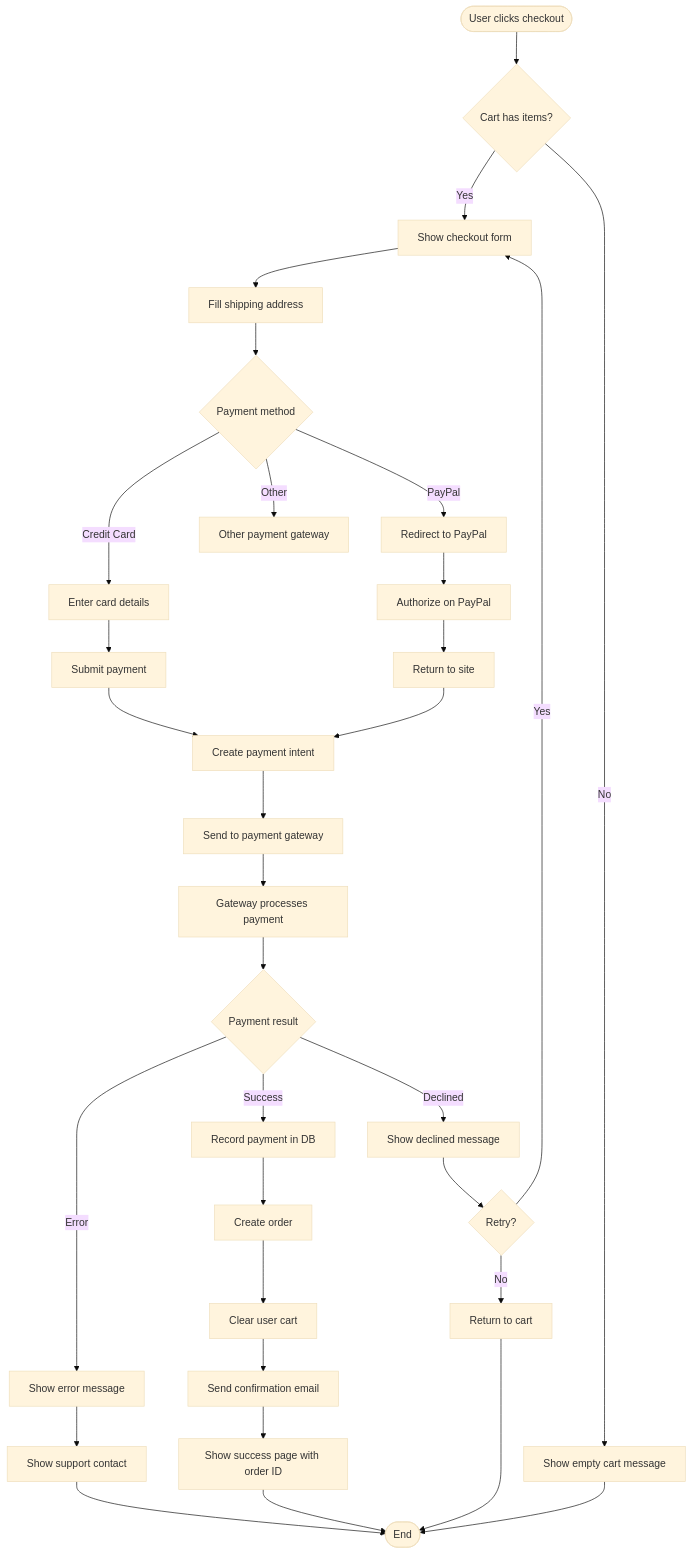
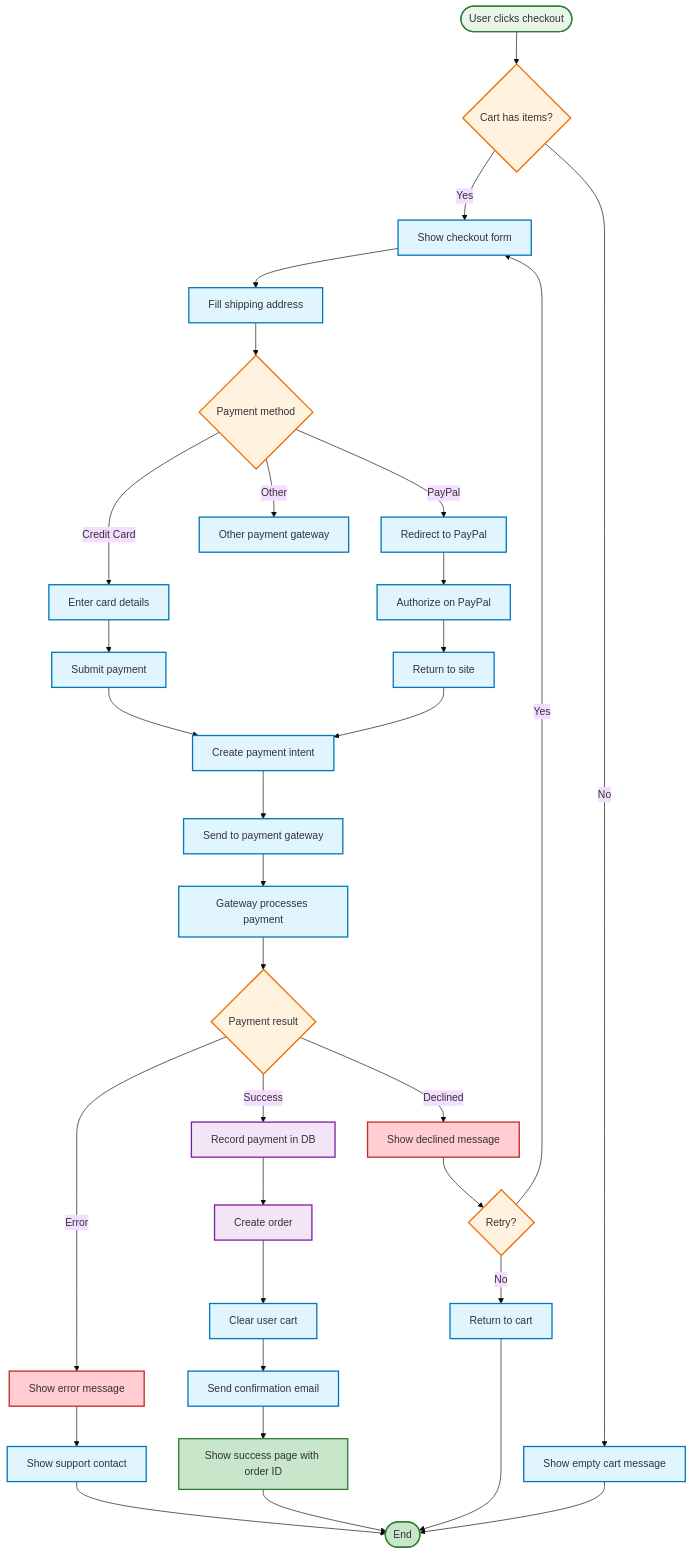
Before and after one commit to shmuelkapiloff/simple-: diagram 15 of 16 in docs/SYSTEM_MAP.md, drawn with Mermaid (base theme). The commit also changed other lines of this file, not shown here.

Commit message:
style: Add comprehensive styling and colors to all flowcharts - Security, Search, Email, Admin, Payment, and Token Refresh flows

````diff
--- a/docs/SYSTEM_MAP.md
+++ b/docs/SYSTEM_MAP.md
@@ -1189,45 +1282,60 @@
 ```mermaid
 flowchart TD
     Checkout([User clicks checkout]) --> ValidateCart{Cart has items?}
     ValidateCart -->|No| ShowEmptyCart[Show empty cart message]
     ValidateCart -->|Yes| ShowCheckoutForm[Show checkout form]
     
     ShowCheckoutForm --> FillShipping[Fill shipping address]
     FillShipping --> SelectPayment{Payment method}
     
     SelectPayment -->|Credit Card| CardForm[Enter card details]
     SelectPayment -->|PayPal| PayPalRedirect[Redirect to PayPal]
     SelectPayment -->|Other| OtherGateway[Other payment gateway]
     
     CardForm --> SubmitPayment[Submit payment]
     PayPalRedirect --> PayPalAuth[Authorize on PayPal]
     PayPalAuth --> PayPalReturn[Return to site]
     
     SubmitPayment --> CreateIntent[Create payment intent]
     PayPalReturn --> CreateIntent
     
     CreateIntent --> SendToGateway[Send to payment gateway]
     SendToGateway --> GatewayProcess[Gateway processes payment]
     
     GatewayProcess --> PaymentResult{Payment result}
     
     PaymentResult -->|Success| RecordPayment[Record payment in DB]
     PaymentResult -->|Declined| ShowDeclined[Show declined message]
     PaymentResult -->|Error| ShowPaymentError[Show error message]
     
     RecordPayment --> CreateOrder[Create order]
     CreateOrder --> ClearCart[Clear user cart]
     ClearCart --> SendConfirmation[Send confirmation email]
     SendConfirmation --> ShowSuccess[Show success page with order ID]
     
     ShowDeclined --> RetryOption{Retry?}
     RetryOption -->|Yes| ShowCheckoutForm
     RetryOption -->|No| ReturnToCart[Return to cart]
     
     ShowPaymentError --> ContactSupport[Show support contact]
     ContactSupport --> End([End])
     
     ShowSuccess --> End
     ReturnToCart --> End
     ShowEmptyCart --> End
+    
+    %% Styling
+    classDef success fill:#c8e6c9,stroke:#2e7d32,stroke-width:2px
+    classDef error fill:#ffcdd2,stroke:#c62828,stroke-width:2px
+    classDef process fill:#e1f5fe,stroke:#0277bd,stroke-width:2px
+    classDef decision fill:#fff3e0,stroke:#ef6c00,stroke-width:2px
+    classDef database fill:#f3e5f5,stroke:#7b1fa2,stroke-width:2px
+    classDef start fill:#e8f5e8,stroke:#2e7d32,stroke-width:2px
+
+    class Checkout start
+    class ValidateCart,SelectPayment,PaymentResult,RetryOption decision
+    class ShowEmptyCart,ShowCheckoutForm,FillShipping,CardForm,PayPalRedirect,PayPalAuth,PayPalReturn,OtherGateway,SubmitPayment,CreateIntent,SendToGateway,GatewayProcess,RecordPayment,CreateOrder,ClearCart,SendConfirmation,ReturnToCart,ContactSupport process
+    class ShowSuccess,End success
+    class ShowDeclined,ShowPaymentError error
+    class RecordPayment,CreateOrder database
 ```
````
